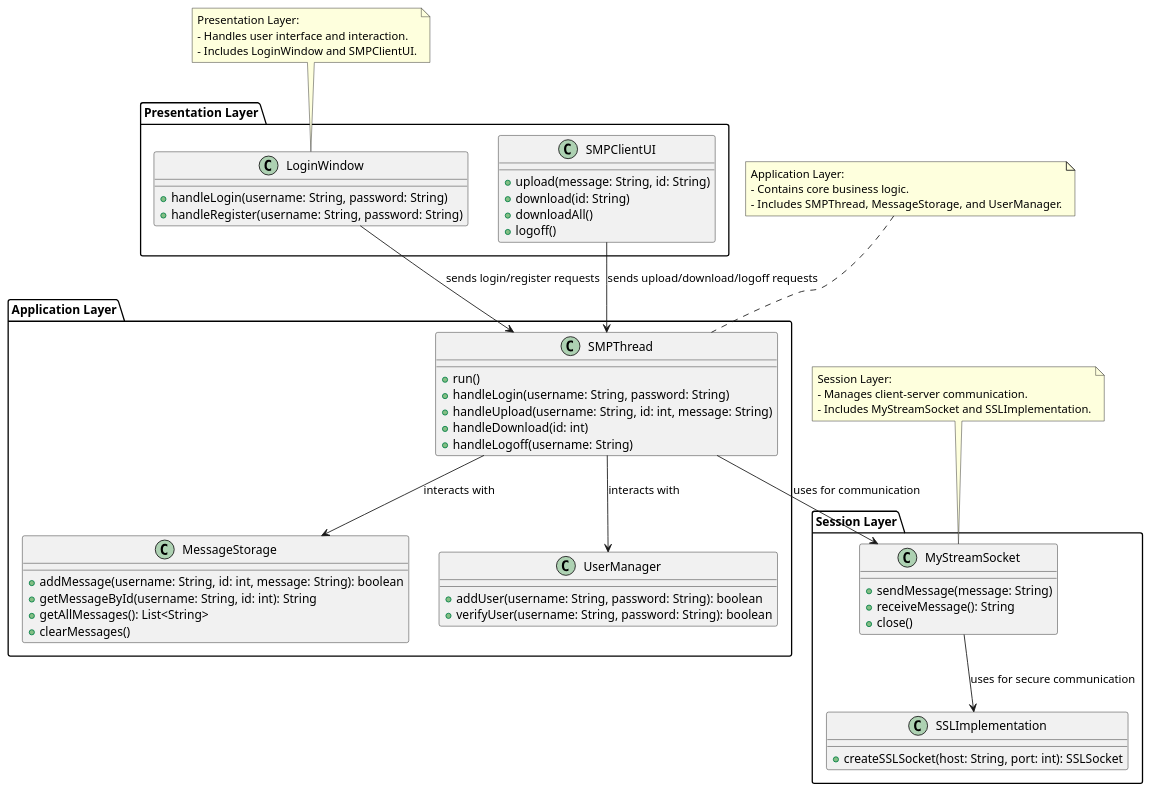
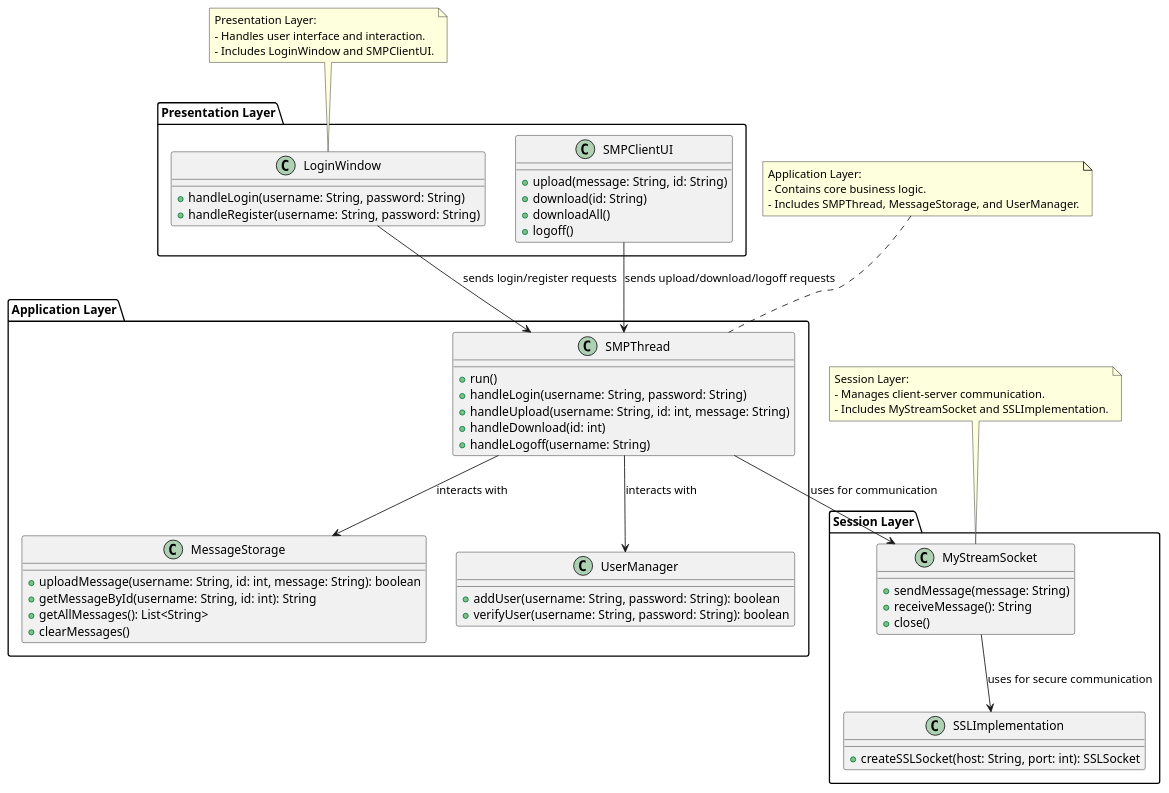
One commit to Billy-Elsbury/DistributedComputingNew changed the diagram in Client Server code/SMP_Project/out/SMPClassDiagram.puml. Above: the diagram before and after it, drawn with PlantUML. The commit also changed 10 other files, not shown here.

```diff
--- a/Client Server code/SMP_Project/out/SMPClassDiagram.puml
+++ b/Client Server code/SMP_Project/out/SMPClassDiagram.puml
@@ -1,74 +1,74 @@
 @startuml
 ' Define the layers
 package "Presentation Layer" {
     class LoginWindow {
         +handleLogin(username: String, password: String)
         +handleRegister(username: String, password: String)
     }
     class SMPClientUI {
         +upload(message: String, id: String)
         +download(id: String)
         +downloadAll()
         +logoff()
     }
 }
 
 package "Application Layer" {
     class SMPThread {
         +run()
         +handleLogin(username: String, password: String)
         +handleUpload(username: String, id: int, message: String)
         +handleDownload(id: int)
         +handleLogoff(username: String)
     }
     class MessageStorage {
-        +addMessage(username: String, id: int, message: String): boolean
+        +uploadMessage(username: String, id: int, message: String): boolean
         +getMessageById(username: String, id: int): String
         +getAllMessages(): List<String>
         +clearMessages()
     }
     class UserManager {
         +addUser(username: String, password: String): boolean
         +verifyUser(username: String, password: String): boolean
     }
 }
 
 package "Session Layer" {
     class MyStreamSocket {
         +sendMessage(message: String)
         +receiveMessage(): String
         +close()
     }
     class SSLImplementation {
         +createSSLSocket(host: String, port: int): SSLSocket
     }
 }
 
 ' Define relationships between layers
 LoginWindow --> SMPThread : sends login/register requests
 SMPClientUI --> SMPThread : sends upload/download/logoff requests
 SMPThread --> MessageStorage : interacts with
 SMPThread --> UserManager : interacts with
 SMPThread --> MyStreamSocket : uses for communication
 MyStreamSocket --> SSLImplementation : uses for secure communication
 
 ' Add notes to explain the layers
 note top of LoginWindow
   Presentation Layer:
   - Handles user interface and interaction.
   - Includes LoginWindow and SMPClientUI.
 end note
 
 note top of SMPThread
   Application Layer:
   - Contains core business logic.
   - Includes SMPThread, MessageStorage, and UserManager.
 end note
 
 note top of MyStreamSocket
   Session Layer:
   - Manages client-server communication.
   - Includes MyStreamSocket and SSLImplementation.
 end note
 
 @enduml
```
